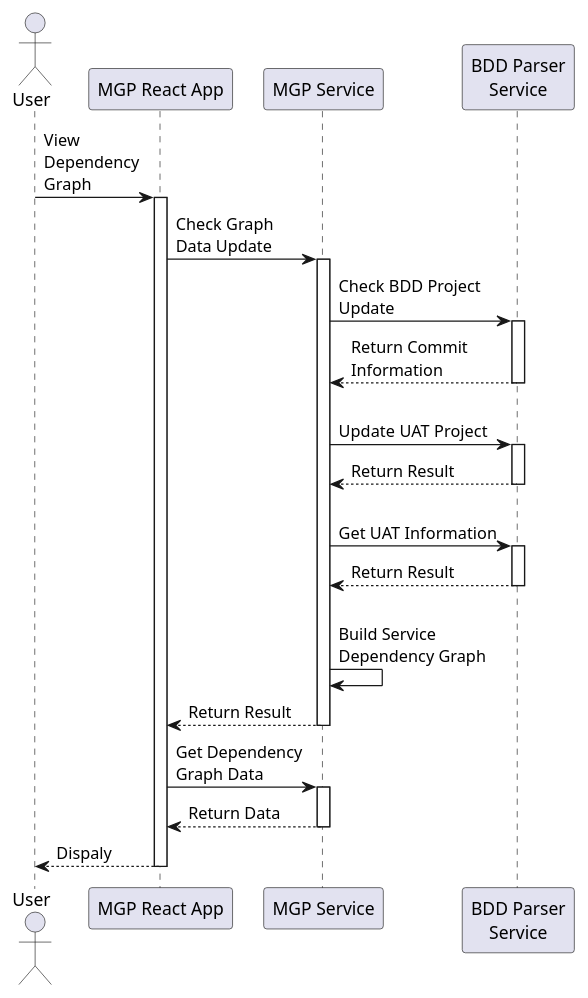
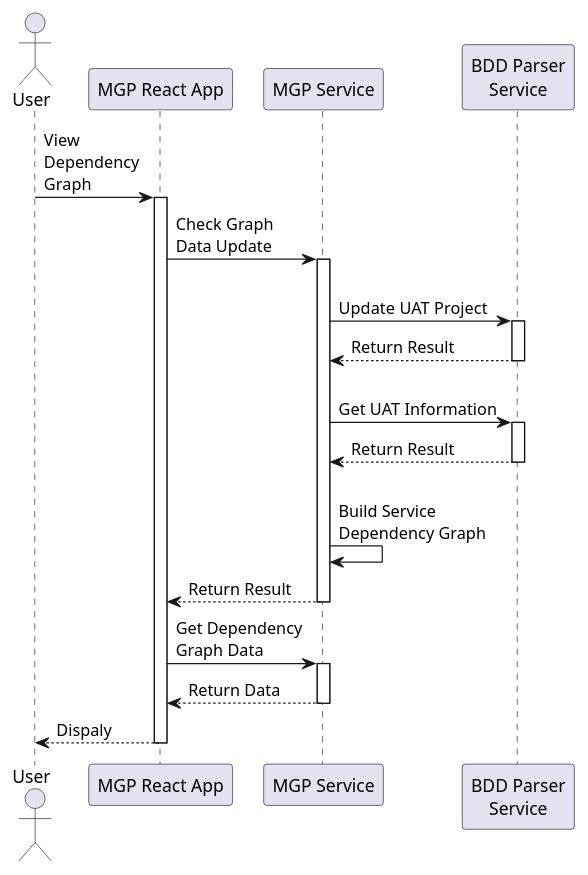
Before and after one commit to b4456609/mgp-back: the diagram in diagram/sequence/bddService.puml, drawn with PlantUML.

Commit message:
update bdd graph

```diff
--- a/diagram/sequence/bddService.puml
+++ b/diagram/sequence/bddService.puml
@@ -1,33 +1,29 @@
 @startuml
 actor User as user
 participant "MGP React App" as mgpr
 participant "MGP Service" as mgps
 participant "BDD Parser\nService" as bps
 
 user -> mgpr: View\nDependency\nGraph
 activate mgpr
 mgpr -> mgps: Check Graph\nData Update
 activate mgps
-mgps -> bps: Check BDD Project\nUpdate
-activate bps
-bps --> mgps: Return Commit\nInformation
-deactivate bps
 mgps -> bps: \nUpdate UAT Project
 activate bps
 bps --> mgps: Return Result
 deactivate bps
 mgps -> bps: \nGet UAT Information
 activate bps
 bps --> mgps: Return Result
 deactivate bps
 mgps -> mgps: \nBuild Service\nDependency Graph
 mgps --> mgpr: Return Result
 deactivate mgps
 mgpr -> mgps: Get Dependency\nGraph Data
 activate mgps
 mgpr <-- mgps: Return Data
 deactivate mgps
 mgpr --> user: Dispaly
 deactivate mgpr
 
 @enduml
```
